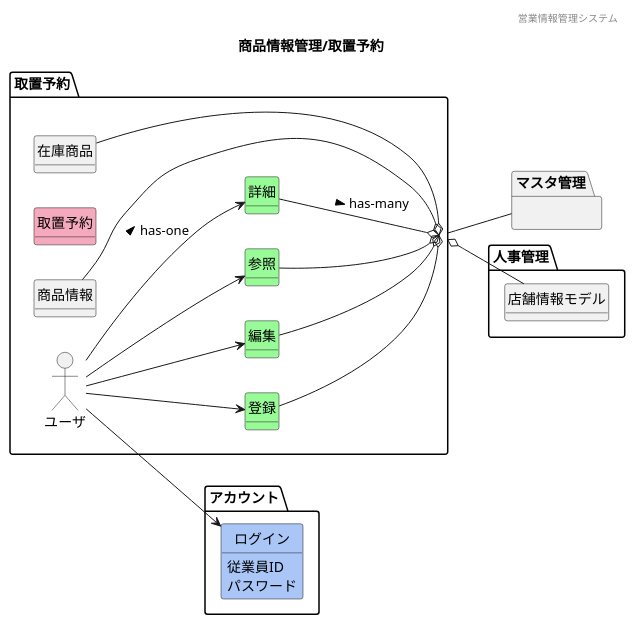
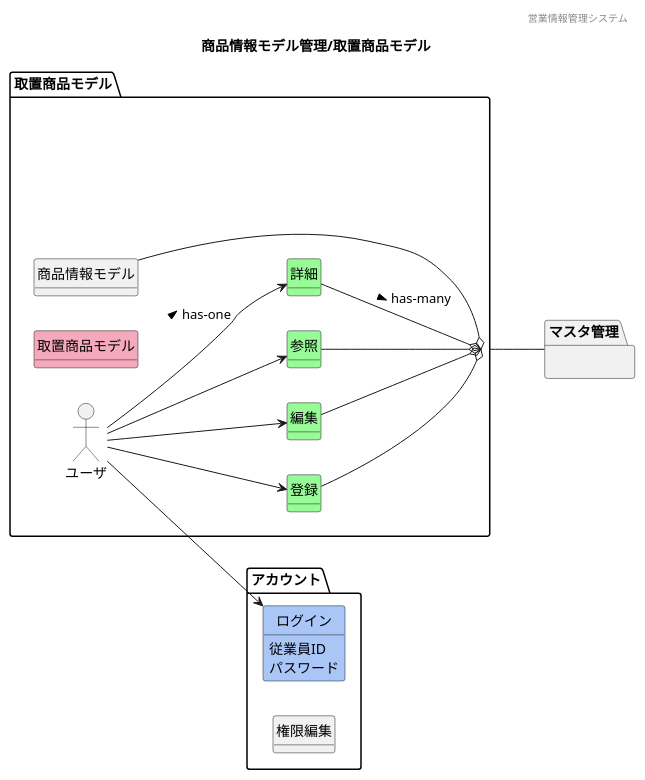
One commit to HaruShim/Sotuken changed the diagram in 各種設計書/1ドメインモデル図/商品情報管理/F09取置予約.plantuml. Above: the diagram before and after it, drawn with PlantUML. The commit also changed 13 other files, not shown here.

```diff
--- a/各種設計書/1ドメインモデル図/商品情報管理/F09取置予約.plantuml
+++ b/各種設計書/1ドメインモデル図/商品情報管理/F09取置予約.plantuml
@@ -1,67 +1,73 @@
-@startuml images/商品情報管理/取置予約
+@startuml images/商品情報モデル管理/取置商品モデル
 ' ヘッダー
 header 営業情報管理システム
 ' タイトル
-title 商品情報管理/取置予約
+title 商品情報モデル管理/取置商品モデル
 ' 
 hide circle
 ' 
 hide method
 left to right direction
 
 package "アカウント"{
     class "ログイン" #A9C6F6
+    class "権限編集"
 }
 
-package "取置予約" {
+package "取置商品モデル" {
     'ユーザや外部システム
     mix_actor "ユーザ"
     class "登録" #98fb98
     class "編集" #98fb98
     class "参照" #98fb98
     class "詳細" #98fb98
-    class "取置予約" #F5A9BC
-    class "商品情報" 
-    class "在庫商品" 
+    class "取置商品モデル" #F5A9BC
+    class "商品情報モデル"
 }
-    package 人事管理{
-        class "店舗情報モデル" 
-    }
     package "マスタ管理"{
+        ' package ""{}
+        ' package ""{}
+        ' package ""{}
         }
 
 
     ' class "" #F5A9BC
     ' class "" #ffd700
 
     'モデル同士の関係
     ユーザ --> 参照
     ユーザ --> 登録
     ユーザ --> 編集
     ユーザ --> 詳細 : > has-one
     ユーザ --> ログイン
-    参照 --o 取置予約
-    登録 --o 取置予約
-    編集 --o 取置予約
-    詳細 --o 取置予約 : > has-many
-    取置予約 o-- 商品情報
-    取置予約 o-- 在庫商品
-    取置予約 o-down- 店舗情報モデル
-    取置予約 -down- マスタ管理
+    参照 --o 取置商品モデル
+    登録 --o 取置商品モデル
+    編集 --o 取置商品モデル
+    詳細 --o 取置商品モデル : > has-many
+    取置商品モデル o-- 商品情報モデル
+    取置商品モデル -down- マスタ管理
 
     'ドメインクラスの属性
-    ' 在庫商品と取置予約のフィードがない
-    ' 商品情報 : 型番
-    ' 商品情報 : 商品コード
-    ' 商品情報 : JANコード
-    ' 商品情報 : 商品画像
-    ' 商品情報 : 在庫場所
-    ' 商品情報 : カテゴリ
-    ' 商品情報 : 仕入価格
+    取置商品モデル : 取置商品ID
+    取置商品モデル : 商品コード
+    取置商品モデル : 店舗ID
+    取置商品モデル : 予約者氏名
+    取置商品モデル : 連絡先
+    取置商品モデル : 予約日時
+    取置商品モデル : 最終更新日時
+
+
+    ' 商品情報モデル : 型番
+    ' 商品情報モデル : 商品コード
+    ' 商品情報モデル : JANコード
+    ' 商品情報モデル : 商品画像
+    ' 商品情報モデル : 在庫場所
+    ' 商品情報モデル : カテゴリ
+    ' 商品情報モデル : 仕入価格
     ログイン : 従業員ID
     ログイン : パスワード
 
 
 
 
 @enduml
```
